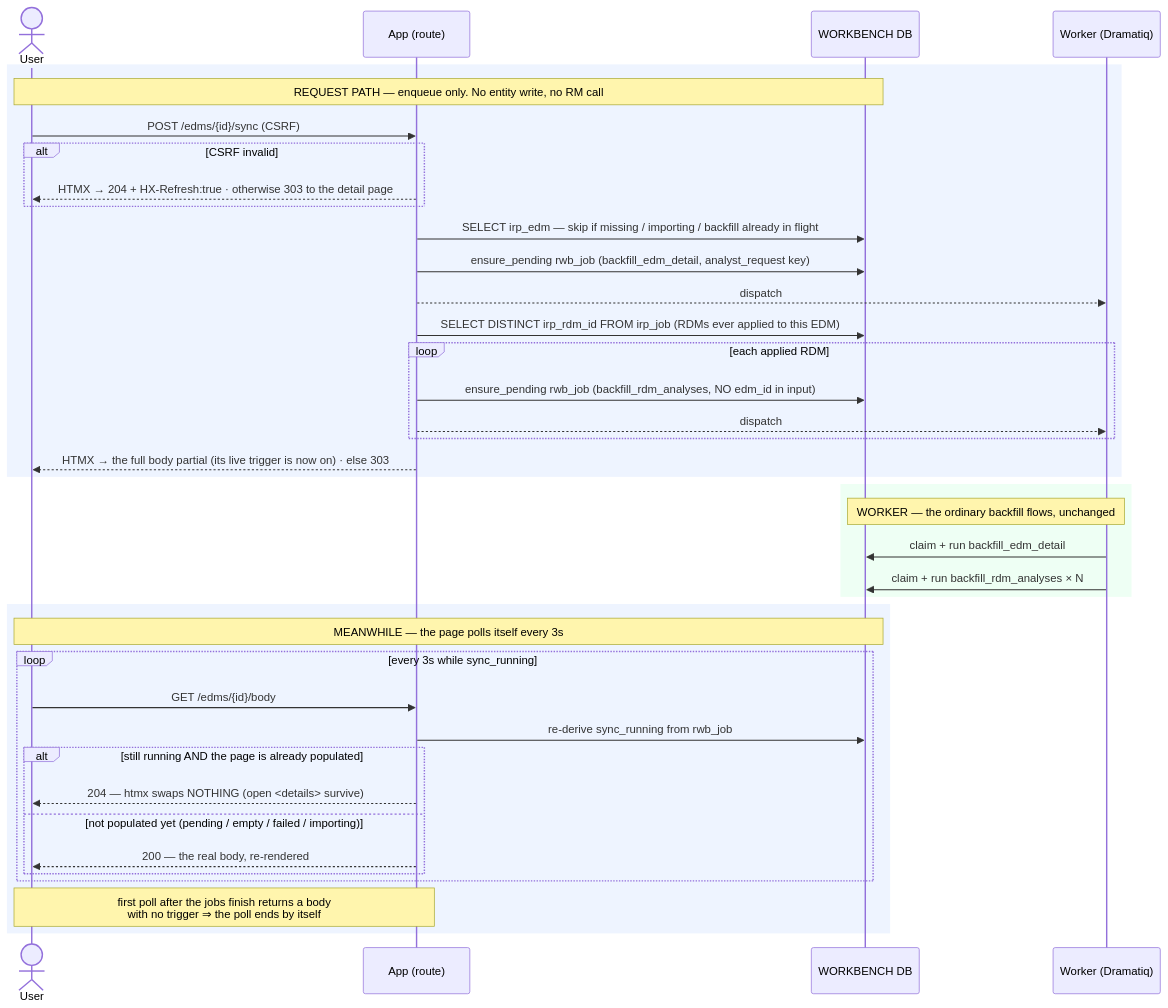
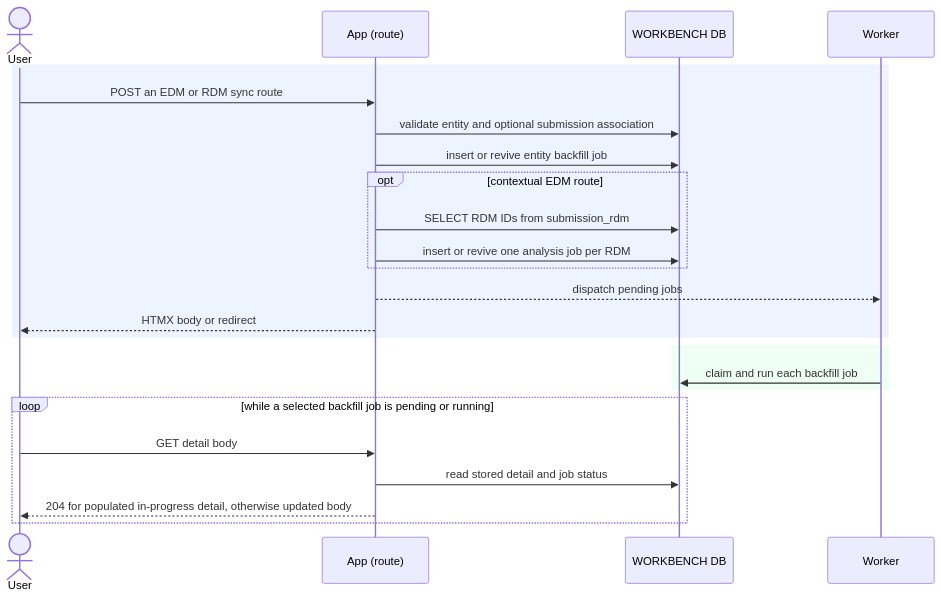
Before and after one commit to anilvenugopal/risk-workbench: the diagram in docs/sequence_diagrams/backfill/manual_sync.md, drawn with Mermaid. The commit also changed other lines of this file and 22 other files, not shown here.

````diff
--- a/docs/sequence_diagrams/backfill/manual_sync.md
+++ b/docs/sequence_diagrams/backfill/manual_sync.md
@@ -51,44 +18,29 @@
 ```mermaid
 sequenceDiagram
     actor User
     participant App as App (route)
     participant DB as WORKBENCH DB
-    participant W as Worker (Dramatiq)
+    participant W as Worker
 
     rect rgb(238,244,255)
-        Note over User,DB: REQUEST PATH — enqueue only. No entity write, no RM call
-        User->>App: POST /edms/{id}/sync (CSRF)
-        alt CSRF invalid
-            App-->>User: HTMX → 204 + HX-Refresh:true · otherwise 303 to the detail page
+        User->>App: POST an EDM or RDM sync route
+        App->>DB: validate entity and optional submission association
+        App->>DB: insert or revive entity backfill job
+        opt contextual EDM route
+            App->>DB: SELECT RDM IDs from submission_rdm
+            App->>DB: insert or revive one analysis job per RDM
         end
-        App->>DB: SELECT irp_edm — skip if missing / importing / backfill already in flight
-        App->>DB: ensure_pending rwb_job (backfill_edm_detail, analyst_request key)
-        App-->>W: dispatch
-        App->>DB: SELECT DISTINCT irp_rdm_id FROM irp_job (RDMs ever applied to this EDM)
-        loop each applied RDM
-            App->>DB: ensure_pending rwb_job (backfill_rdm_analyses, NO edm_id in input)
-            App-->>W: dispatch
-        end
-        App-->>User: HTMX → the full body partial (its live trigger is now on) · else 303
+        App-->>W: dispatch pending jobs
+        App-->>User: HTMX body or redirect
     end
 
     rect rgb(238,255,244)
-        Note over W,DB: WORKER — the ordinary backfill flows, unchanged
-        W->>DB: claim + run backfill_edm_detail
-        W->>DB: claim + run backfill_rdm_analyses × N
+        W->>DB: claim and run each backfill job
     end
 
-    rect rgb(238,244,255)
-        Note over User,DB: MEANWHILE — the page polls itself every 3s
-        loop every 3s while sync_running
-            User->>App: GET /edms/{id}/body
-            App->>DB: re-derive sync_running from rwb_job
-            alt still running AND the page is already populated
-                App-->>User: 204 — htmx swaps NOTHING (open <details> survive)
-            else not populated yet (pending / empty / failed / importing)
-                App-->>User: 200 — the real body, re-rendered
-            end
-        end
-        Note over User,App: first poll after the jobs finish returns a body<br/>with no trigger ⇒ the poll ends by itself
+    loop while a selected backfill job is pending or running
+        User->>App: GET detail body
+        App->>DB: read stored detail and job status
+        App-->>User: 204 for populated in-progress detail, otherwise updated body
     end
 ```
````
